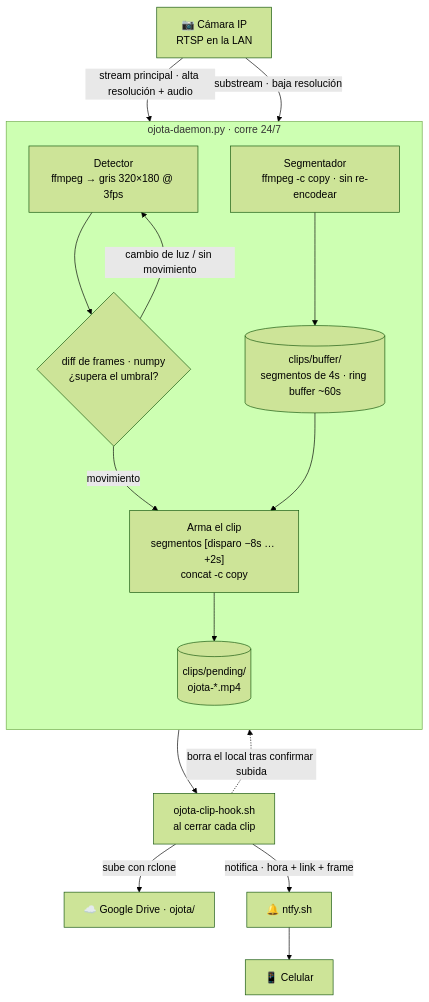
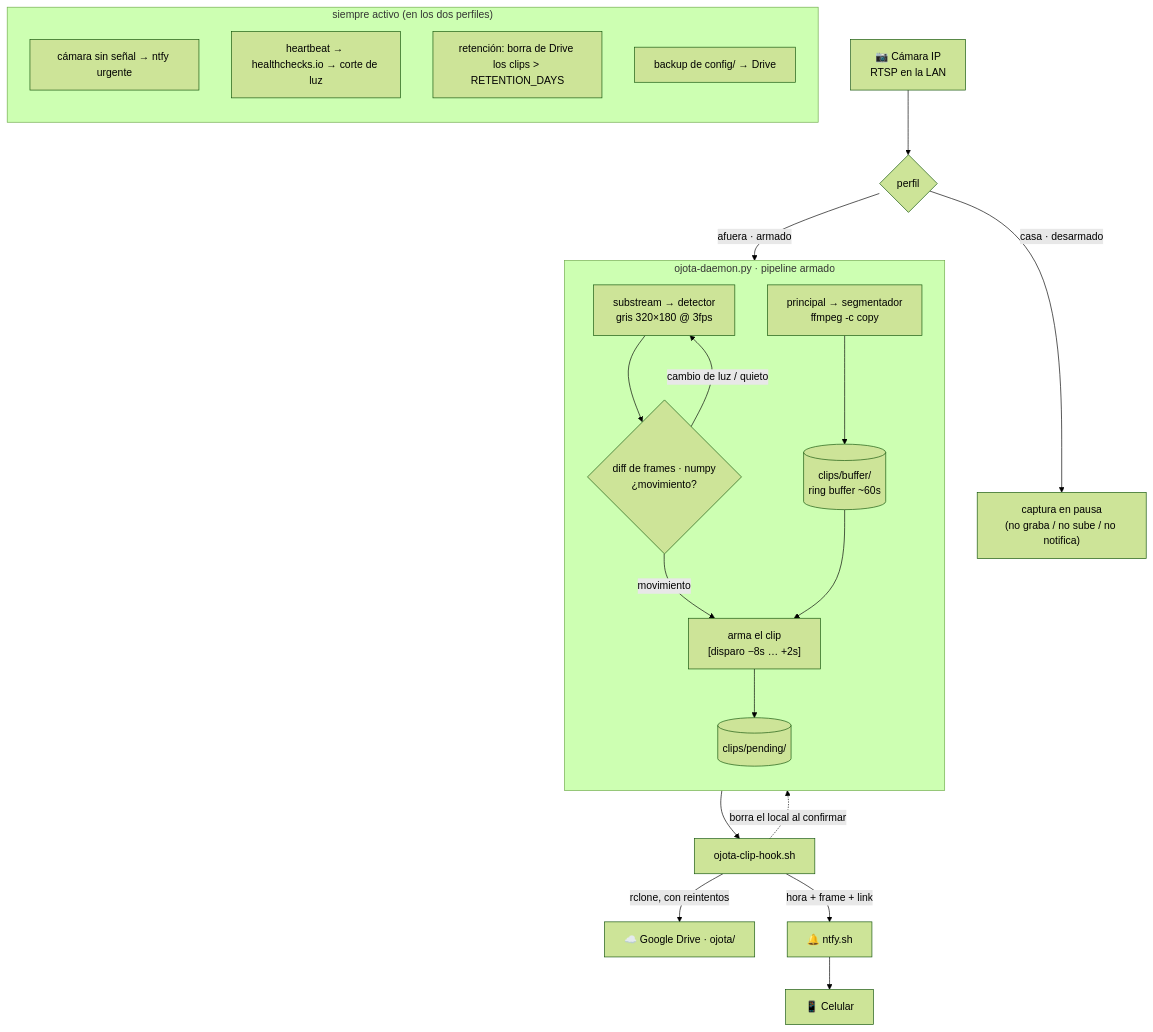
The diagram in README.md (nanotaboada/ojota), drawn with Mermaid (forest theme) before and after one commit. The commit also changed other lines of this file and 4 other files, not shown here.

First line of the commit message:
feat: casa = pausa total (desarmado), no solo silencio

````diff
--- a/README.md
+++ b/README.md
@@ -18,30 +20,40 @@
 ```mermaid
 flowchart TB
     CAM["📷 Cámara IP<br/>RTSP en la LAN"]
+    PROF{"perfil"}
 
-    CAM -->|"stream principal · alta resolución + audio"| SEG
-    CAM -->|"substream · baja resolución"| DET
+    CAM --> PROF
+    PROF -->|"casa · desarmado"| PAUSE["captura en pausa<br/>(no graba / no sube / no notifica)"]
+    PROF -->|"afuera · armado"| SEG
 
-    subgraph DAEMON["ojota-daemon.py · corre 24/7"]
+    subgraph DAEMON["ojota-daemon.py · pipeline armado"]
         direction TB
-        SEG["Segmentador<br/>ffmpeg -c copy · sin re-encodear"]
-        BUF[("clips/buffer/<br/>segmentos de 4s · ring buffer ~60s")]
-        DET["Detector<br/>ffmpeg → gris 320×180 @ 3fps"]
-        DIFF{"diff de frames · numpy<br/>¿supera el umbral?"}
-        ASM["Arma el clip<br/>segmentos [disparo −8s … +2s]<br/>concat -c copy"]
-        PEND[("clips/pending/<br/>ojota-*.mp4")]
+        SEG["principal → segmentador<br/>ffmpeg -c copy"]
+        BUF[("clips/buffer/<br/>ring buffer ~60s")]
+        DET["substream → detector<br/>gris 320×180 @ 3fps"]
+        DIFF{"diff de frames · numpy<br/>¿movimiento?"}
+        ASM["arma el clip<br/>[disparo −8s … +2s]"]
+        PEND[("clips/pending/")]
 
         SEG --> BUF
         DET --> DIFF
-        DIFF -->|"cambio de luz / sin movimiento"| DET
+        DIFF -->|"cambio de luz / quieto"| DET
         DIFF -->|"movimiento"| ASM
         BUF --> ASM
         ASM --> PEND
     end
 
-    PEND --> HOOK["ojota-clip-hook.sh<br/>al cerrar cada clip"]
-    HOOK -->|"sube con rclone"| GDRIVE["☁️ Google Drive · ojota/"]
-    HOOK -->|"notifica · hora + link + frame"| NTFY["🔔 ntfy.sh"]
-    HOOK -.->|"borra el local tras confirmar subida"| PEND
+    PEND --> HOOK["ojota-clip-hook.sh"]
+    HOOK -->|"rclone, con reintentos"| GD["☁️ Google Drive · ojota/"]
+    HOOK -->|"hora + frame + link"| NTFY["🔔 ntfy.sh"]
+    HOOK -.->|"borra el local al confirmar"| PEND
     NTFY --> PHONE["📱 Celular"]
+
+    subgraph SALUD["siempre activo (en los dos perfiles)"]
+        direction TB
+        HL["cámara sin señal → ntfy urgente"]
+        HB["heartbeat → healthchecks.io → corte de luz"]
+        RET["retención: borra de Drive los clips > RETENTION_DAYS"]
+        BK["backup de config/ → Drive"]
+    end
 ```
````
